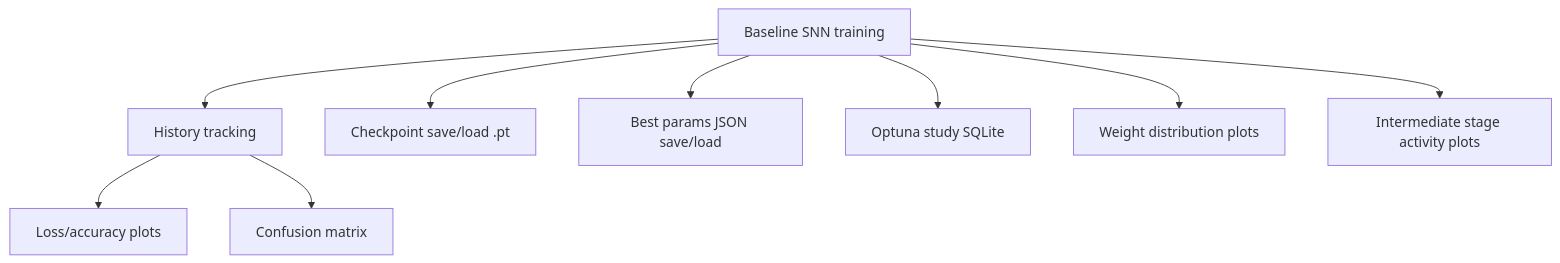
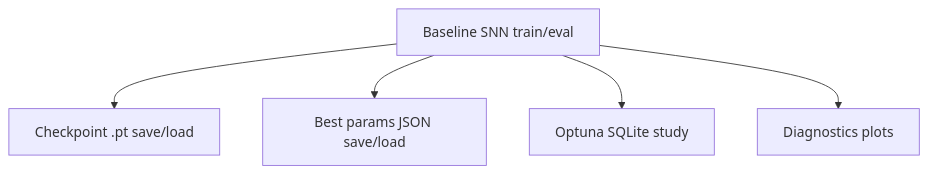
Before and after one commit to jackhenry02/Radar_SNN_3: the second of 2 diagrams in SESSION_SUMMARY.md, drawn with Mermaid. The commit also changed other lines of this file and 26 other files, not shown here.

````diff
--- a/SESSION_SUMMARY.md
+++ b/SESSION_SUMMARY.md
@@ -40,11 +57,7 @@
 ```mermaid
 flowchart TD
-    A[Baseline SNN training] --> B[History tracking]
-    A --> C[Checkpoint save/load .pt]
-    A --> D[Best params JSON save/load]
-    A --> E[Optuna study SQLite]
-    B --> F[Loss/accuracy plots]
-    B --> G[Confusion matrix]
-    A --> H[Weight distribution plots]
-    A --> I[Intermediate stage activity plots]
+    A[Baseline SNN train/eval] --> B[Checkpoint .pt save/load]
+    A --> C[Best params JSON save/load]
+    A --> D[Optuna SQLite study]
+    A --> E[Diagnostics plots]
 ```
````
